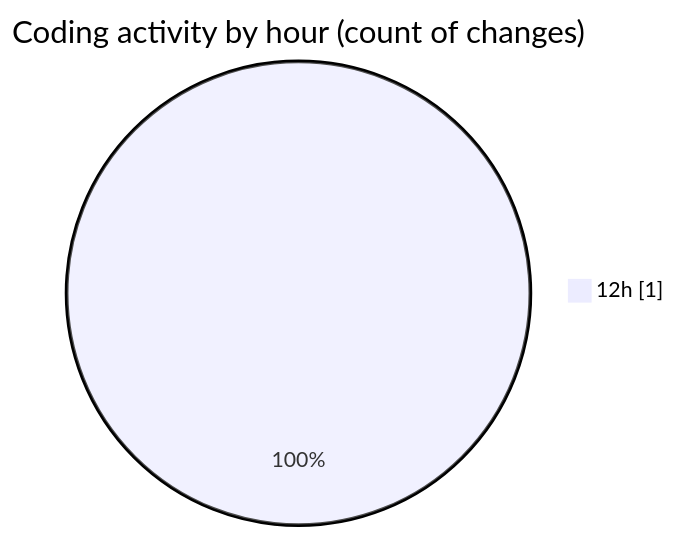
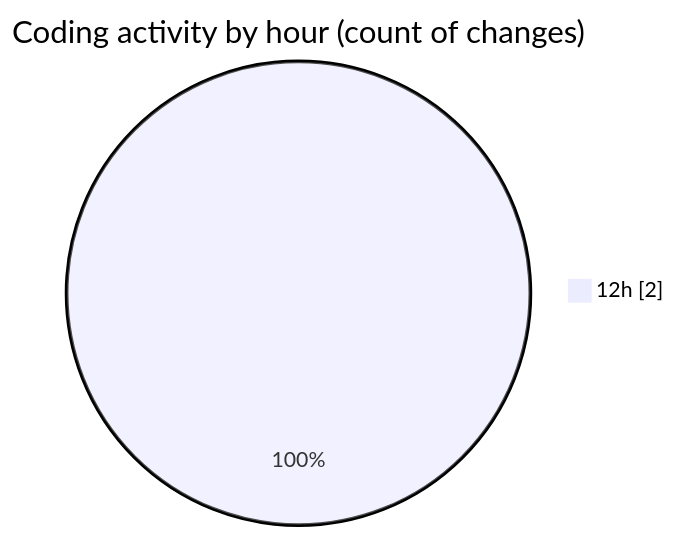
Before and after one commit to LanceThiago/code-tracking: the second of 2 diagrams in 2025-03-19/energis/README.md, drawn with Mermaid. The commit also changed other lines of this file and 1 other file, not shown here.

````diff
--- a/2025-03-19/energis/README.md
+++ b/2025-03-19/energis/README.md
@@ -28,5 +30,5 @@
 ```mermaid
 pie showData
 title Coding activity by hour (count of changes)
-"12h" : 1
+"12h" : 2
 ```
````
